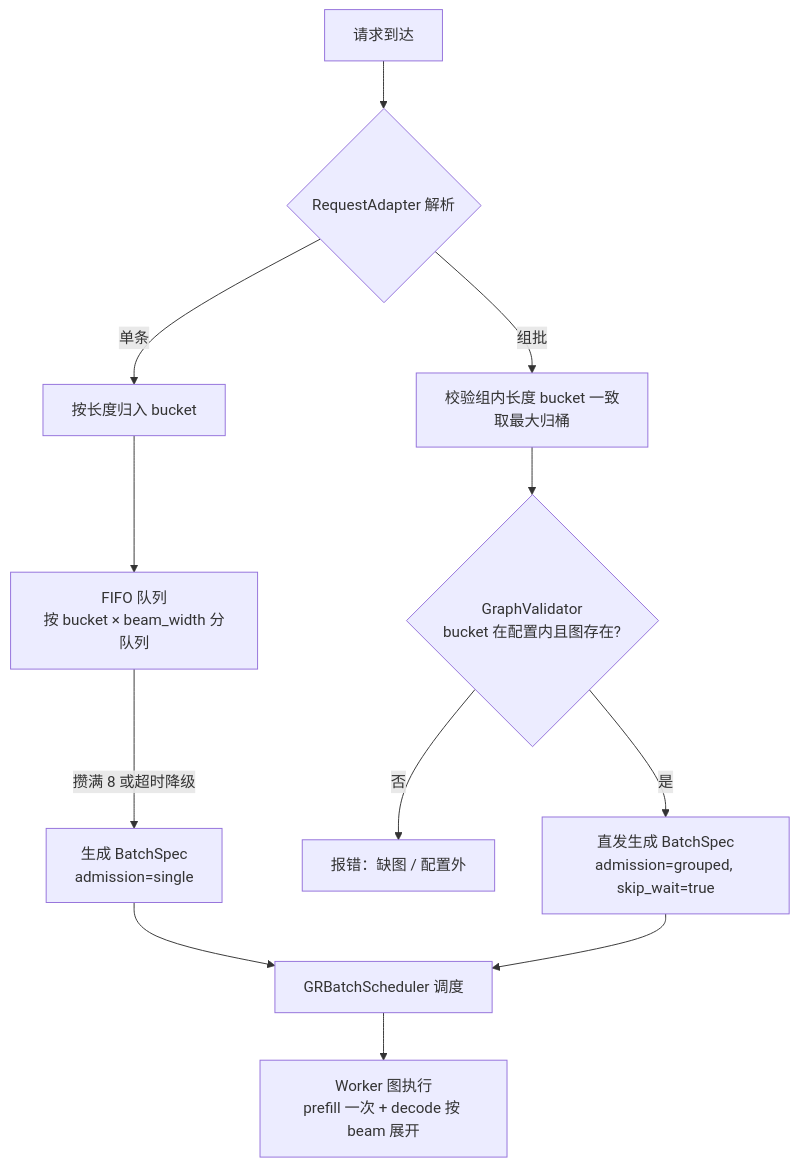
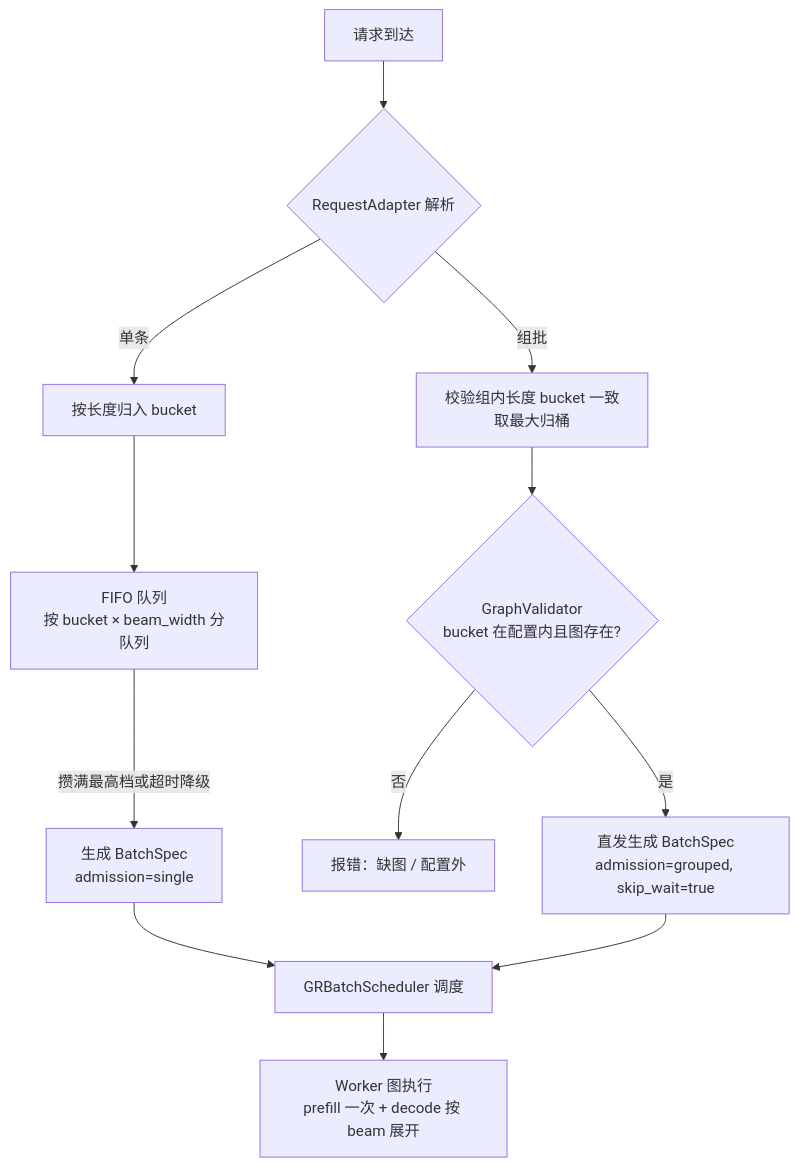
One commit to ZhiYunpenghuawei/p1 changed the second of 5 diagrams in scheduler_design.md. Above: the diagram before and after it, drawn with Mermaid. The commit also changed other lines of this file, not shown here.

````diff
--- a/scheduler_design.md
+++ b/scheduler_design.md
@@ -104,14 +128,14 @@
 ```mermaid
 flowchart TD
     R[请求到达] --> P{RequestAdapter 解析}
     P -->|单条| B1[按长度归入 bucket]
     B1 --> Q[FIFO 队列<br>按 bucket × beam_width 分队列]
-    Q -->|攒满 8 或超时降级| D[生成 BatchSpec<br>admission=single]
+    Q -->|攒满最高档或超时降级| D[生成 BatchSpec<br>admission=single]
     P -->|组批| B2[校验组内长度 bucket 一致<br>取最大归桶]
     B2 --> V{GraphValidator<br>bucket 在配置内且图存在?}
     V -->|否| ERR[报错：缺图 / 配置外]
     V -->|是| D2[直发生成 BatchSpec<br>admission=grouped, skip_wait=true]
     D --> E[GRBatchScheduler 调度]
     D2 --> E
     E --> W[Worker 图执行<br>prefill 一次 + decode 按 beam 展开]
 ```
````
